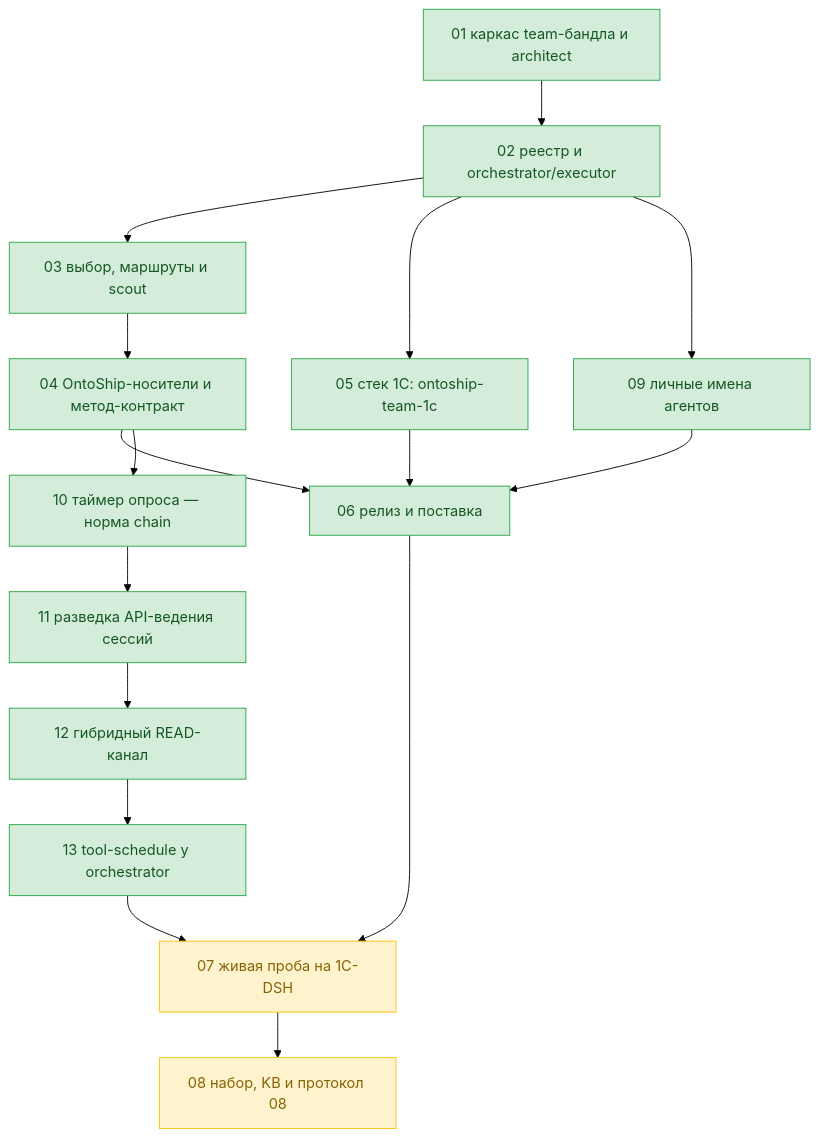
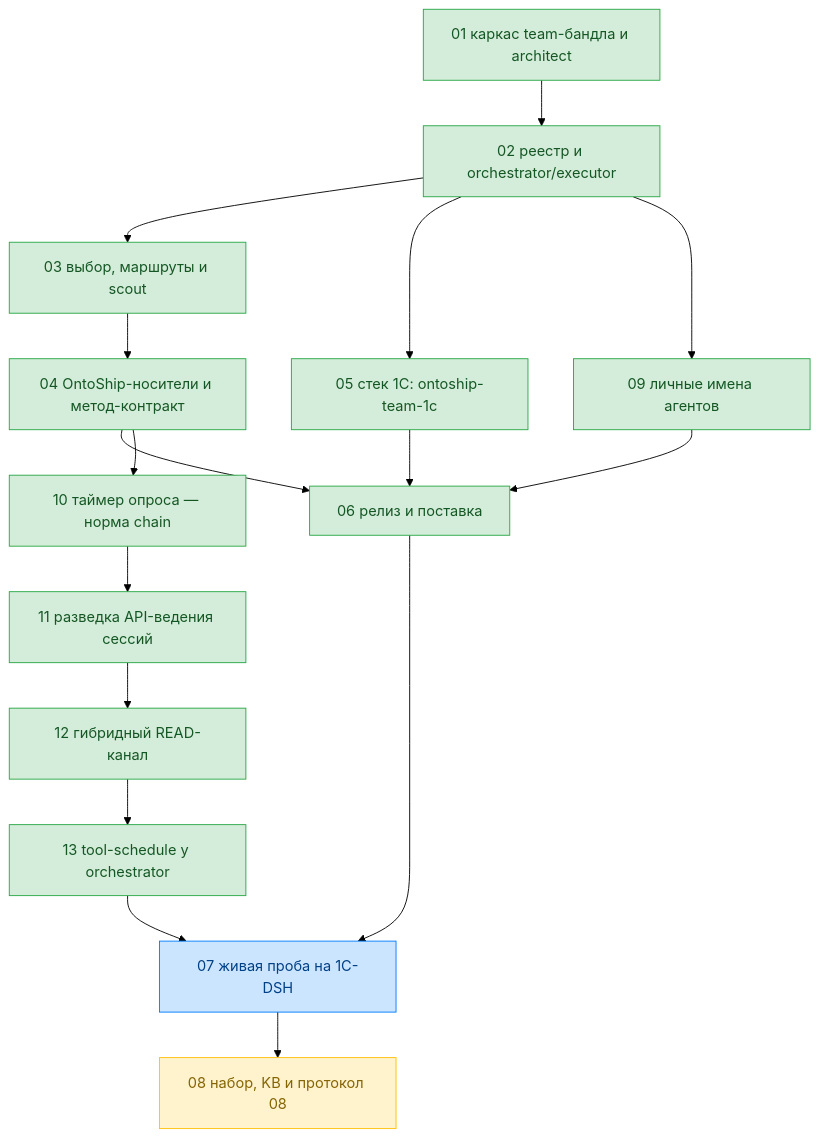
Before and after one commit to ntin60775/ontoship-ntin: the diagram in tickets/team-profiles/dag.md, drawn with Mermaid (forest theme). The commit also changed other lines of this file and 2 other files, not shown here.

````diff
--- a/tickets/team-profiles/dag.md
+++ b/tickets/team-profiles/dag.md
@@ -11,41 +11,41 @@
 ```mermaid
 flowchart TD
   T01["01 каркас team-бандла и architect"]
   T02["02 реестр и orchestrator/executor"]
   T03["03 выбор, маршруты и scout"]
   T04["04 OntoShip-носители и метод-контракт"]
   T05["05 стек 1C: ontoship-team-1c"]
   T06["06 релиз и поставка"]
   T07["07 живая проба на 1C-DSH"]
   T08["08 набор, KB и протокол 08"]
   T09["09 личные имена агентов"]
   T10["10 таймер опроса — норма chain"]
   T11["11 разведка API-ведения сессий"]
   T12["12 гибридный READ-канал"]
   T13["13 tool-schedule у orchestrator"]
 
   T01 --> T02
   T02 --> T03
   T02 --> T05
   T02 --> T09
   T03 --> T04
   T04 --> T06
   T04 --> T10
   T05 --> T06
   T09 --> T06
   T06 --> T07
   T10 --> T11
   T11 --> T12
   T12 --> T13
   T13 --> T07
   T07 --> T08
 
   classDef done fill:#d4edda,stroke:#28a745,color:#155724;
   classDef running fill:#cce5ff,stroke:#007bff,color:#004085;
   classDef pending fill:#e2e3e5,stroke:#6c757d,color:#383d41;
   classDef waiting fill:#fff3cd,stroke:#ffc107,color:#856404;
 
   class T01,T02,T03,T04,T05,T06,T09,T10,T11,T12,T13 done;
-  class T07 waiting;
+  class T07 running;
   class T08 waiting;
 ```
````
